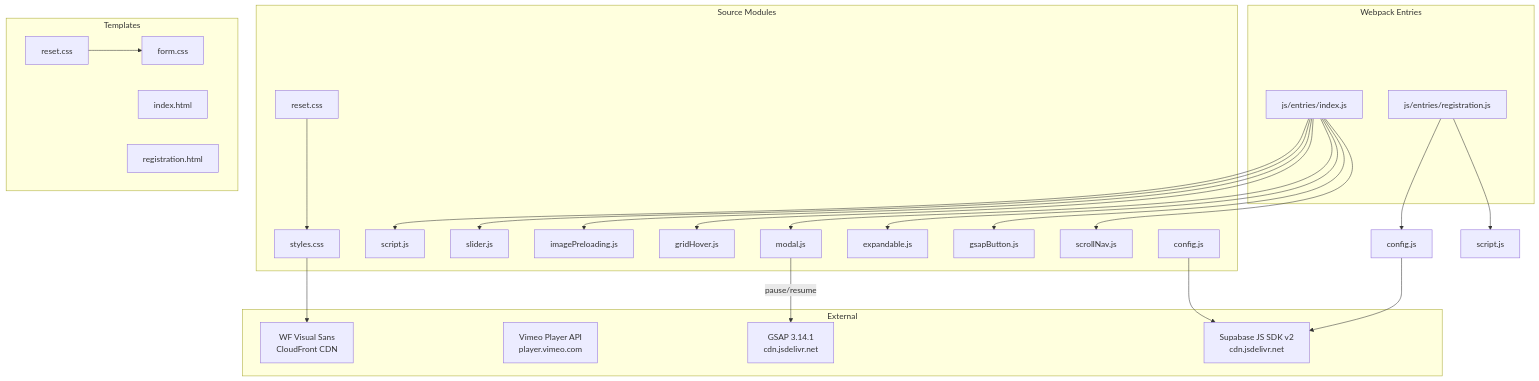
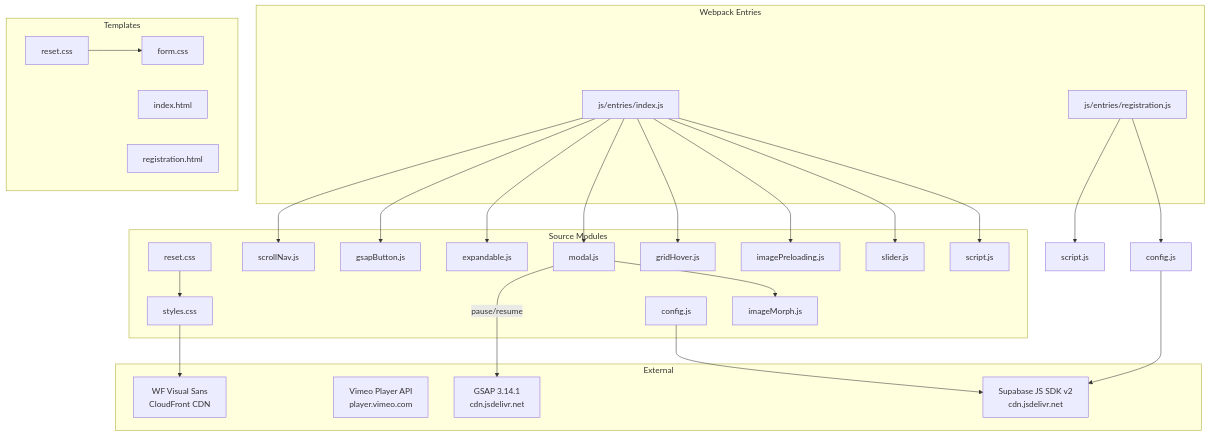
One commit to hoangngo-sudo/drincatuic changed the second of 3 diagrams in README.md. Above: the diagram before and after it, drawn with Mermaid. The commit also changed other lines of this file, not shown here.

````diff
--- a/README.md
+++ b/README.md
@@ -53,50 +56,52 @@
 ```mermaid
 graph TD
     subgraph External
         SUPA["Supabase JS SDK v2<br/>cdn.jsdelivr.net"]
         VIMEO["Vimeo Player API<br/>player.vimeo.com"]
         FONT["WF Visual Sans<br/>CloudFront CDN"]
         GSAP["GSAP 3.14.1<br/>cdn.jsdelivr.net"]
     end
 
     subgraph "Webpack Entries"
         IDXE["js/entries/index.js"]
         REGE["js/entries/registration.js"]
     end
 
     subgraph "Source Modules"
         RESET1[reset.css] --> STYLES[styles.css]
         SCRIPT[script.js]
         SLIDER[slider.js]
         IMGPRE[imagePreloading.js]
+        IMGMORPH[imageMorph.js]
         GRIDHOV[gridHover.js]
         MODAL[modal.js]
         EXPAND[expandable.js]
         GSAPBTN[gsapButton.js]
         SCROLLNAV[scrollNav.js]
         CONFIG1[config.js]
     end
 
     subgraph "Templates"
         RESET2[reset.css] --> FORMCSS[form.css]
         IDXHTML[index.html]
         REGHTML[registration.html]
     end
 
     IDXE --> SCRIPT
     IDXE --> SLIDER
     IDXE --> IMGPRE
     IDXE --> GRIDHOV
     IDXE --> MODAL
     IDXE --> EXPAND
     IDXE --> GSAPBTN
     IDXE --> SCROLLNAV
+    MODAL --> IMGMORPH
 
     REGE --> CONFIG2[config.js]
     REGE --> SCRIPT2[script.js]
 
     CONFIG1 --> SUPA
     CONFIG2 --> SUPA
     STYLES --> FONT
     MODAL --> |pause/resume| GSAP
 ```
````
